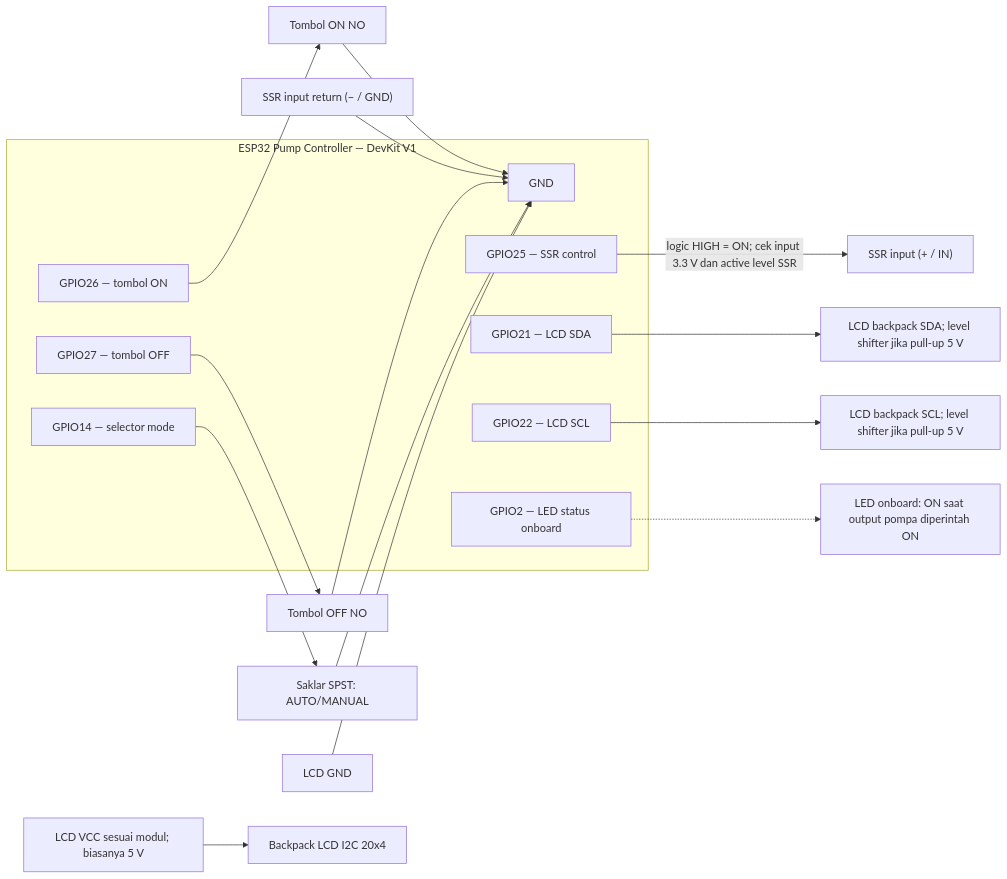
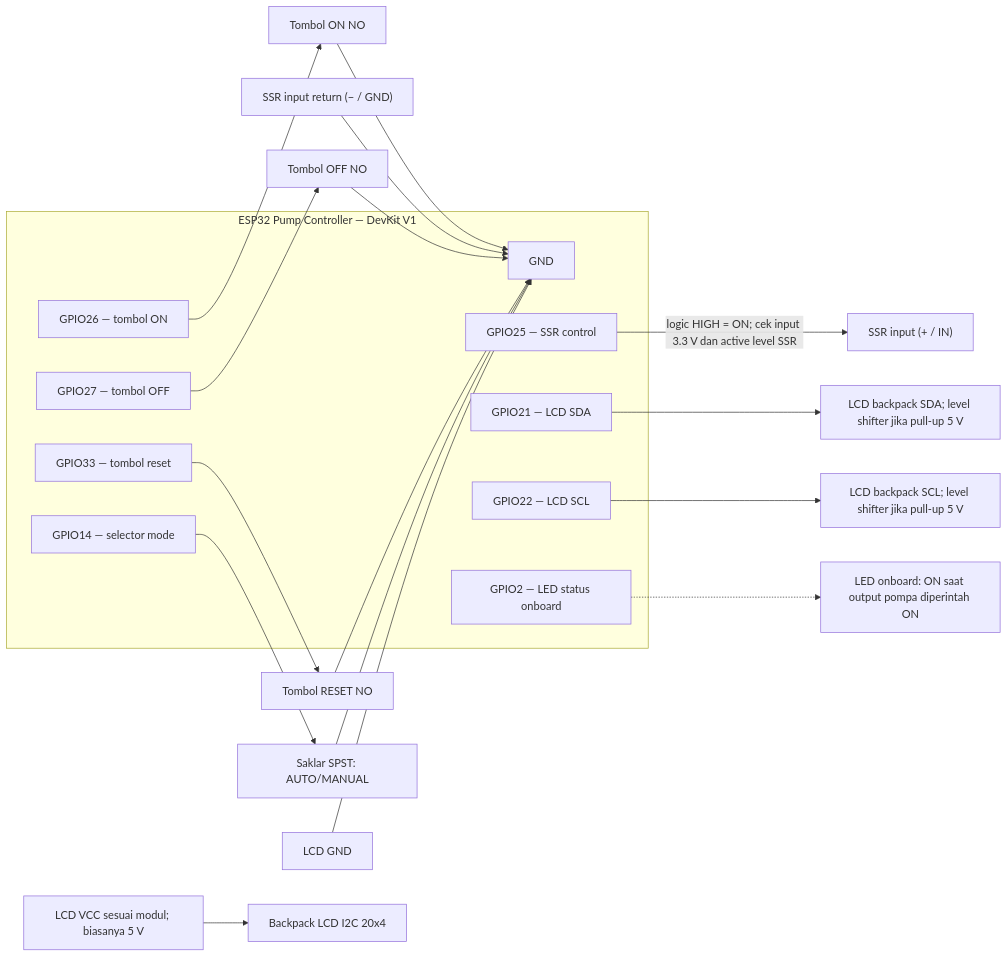
The first of 4 diagrams in wiring-diagram-water-pump.md (Gungwahada1/water-pump-automation-v2.2), drawn with Mermaid before and after one commit. The commit also changed other lines of this file and 10 other files, not shown here.

````diff
--- a/wiring-diagram-water-pump.md
+++ b/wiring-diagram-water-pump.md
@@ -7,27 +7,30 @@
 ```mermaid
 flowchart LR
   subgraph PC["ESP32 Pump Controller — DevKit V1"]
     GND["GND"]
     P25["GPIO25 — SSR control"]
     P26["GPIO26 — tombol ON"]
     P27["GPIO27 — tombol OFF"]
+    P33["GPIO33 — tombol reset"]
     P14["GPIO14 — selector mode"]
     P21["GPIO21 — LCD SDA"]
     P22["GPIO22 — LCD SCL"]
     P2["GPIO2 — LED status onboard"]
   end
 
   P25 -->|"logic HIGH = ON; cek input 3.3 V dan active level SSR"| SSRIN["SSR input (+ / IN)"]
   SSRRET["SSR input return (− / GND)"] --> GND
   P26 --> BON["Tombol ON NO"]
   BON --> GND
   P27 --> BOFF["Tombol OFF NO"]
   BOFF --> GND
+  P33 --> BRESET["Tombol RESET NO"]
+  BRESET --> GND
   P14 --> MODE["Saklar SPST: AUTO/MANUAL"]
   MODE --> GND
   P21 --> LCD_SDA["LCD backpack SDA; level shifter jika pull-up 5 V"]
   P22 --> LCD_SCL["LCD backpack SCL; level shifter jika pull-up 5 V"]
   LCDV["LCD VCC sesuai modul; biasanya 5 V"] --> LCDPWR["Backpack LCD I2C 20x4"]
   LCDG["LCD GND"] --> GND
   P2 -.-> LED["LED onboard: ON saat output pompa diperintah ON"]
 ```
````
